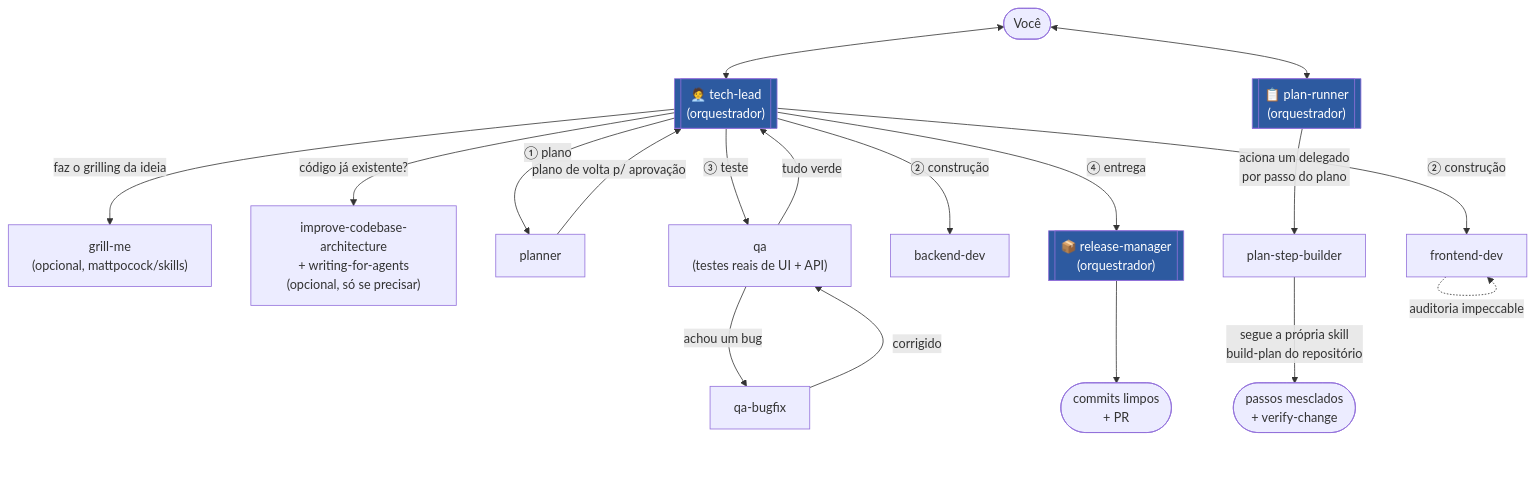
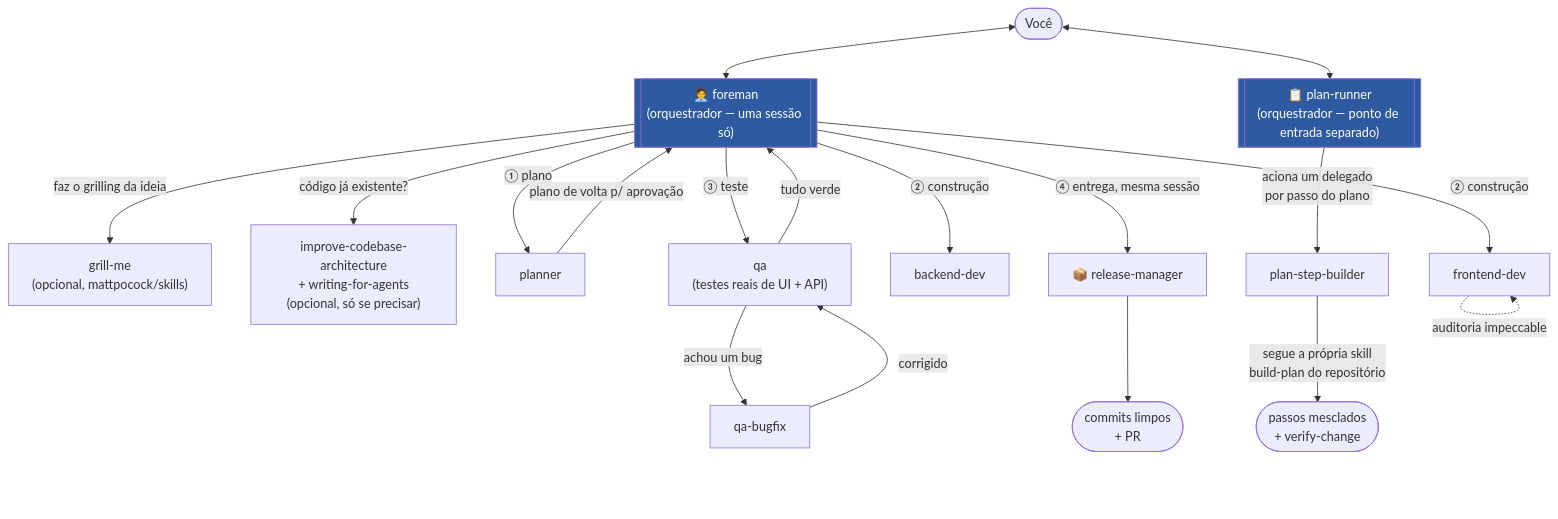
Before and after one commit to MTBasso/foreman: the first of 2 diagrams in README.pt-BR.md, drawn with Mermaid. The commit also changed other lines of this file and 25 other files, not shown here.

````diff
--- a/README.pt-BR.md
+++ b/README.pt-BR.md
@@ -24,30 +24,29 @@
 ```mermaid
 flowchart TD
-    U([Você]) <--> TL[["🧑‍💼 tech-lead\n(orquestrador)"]]
+    U([Você]) <--> FM[["🧑‍💼 foreman\n(orquestrador — uma sessão só)"]]
 
-    TL -- "faz o grilling da ideia" --> GM["grill-me\n(opcional, mattpocock/skills)"]
-    TL -- "código já existente?" --> AUDIT["improve-codebase-architecture\n+ writing-for-agents\n(opcional, só se precisar)"]
+    FM -- "faz o grilling da ideia" --> GM["grill-me\n(opcional, mattpocock/skills)"]
+    FM -- "código já existente?" --> AUDIT["improve-codebase-architecture\n+ writing-for-agents\n(opcional, só se precisar)"]
 
-    TL -- "① plano" --> PL["planner"]
-    PL -- "plano de volta p/ aprovação" --> TL
+    FM -- "① plano" --> PL["planner"]
+    PL -- "plano de volta p/ aprovação" --> FM
 
-    TL -- "② construção" --> FE["frontend-dev"]
-    TL -- "② construção" --> BE["backend-dev"]
+    FM -- "② construção" --> FE["frontend-dev"]
+    FM -- "② construção" --> BE["backend-dev"]
     FE -. "auditoria impeccable" .-> FE
 
-    TL -- "③ teste" --> QA["qa\n(testes reais de UI + API)"]
+    FM -- "③ teste" --> QA["qa\n(testes reais de UI + API)"]
     QA -- "achou um bug" --> QB["qa-bugfix"]
     QB -- "corrigido" --> QA
-    QA -- "tudo verde" --> TL
+    QA -- "tudo verde" --> FM
 
-    TL -- "④ entrega" --> RM[["📦 release-manager\n(orquestrador)"]]
+    FM -- "④ entrega, mesma sessão" --> RM["📦 release-manager"]
     RM --> SHIP(["commits limpos\n+ PR"])
 
-    PR[["📋 plan-runner\n(orquestrador)"]] -- "aciona um delegado\npor passo do plano" --> PSB["plan-step-builder"]
+    PR[["📋 plan-runner\n(orquestrador — ponto de entrada separado)"]] -- "aciona um delegado\npor passo do plano" --> PSB["plan-step-builder"]
     PSB -- "segue a própria skill\nbuild-plan do repositório" --> SHIP2(["passos mesclados\n+ verify-change"])
     U <--> PR
 
-    style TL fill:#2d5aa0,color:#fff
-    style RM fill:#2d5aa0,color:#fff
+    style FM fill:#2d5aa0,color:#fff
     style PR fill:#2d5aa0,color:#fff
 ```
````
